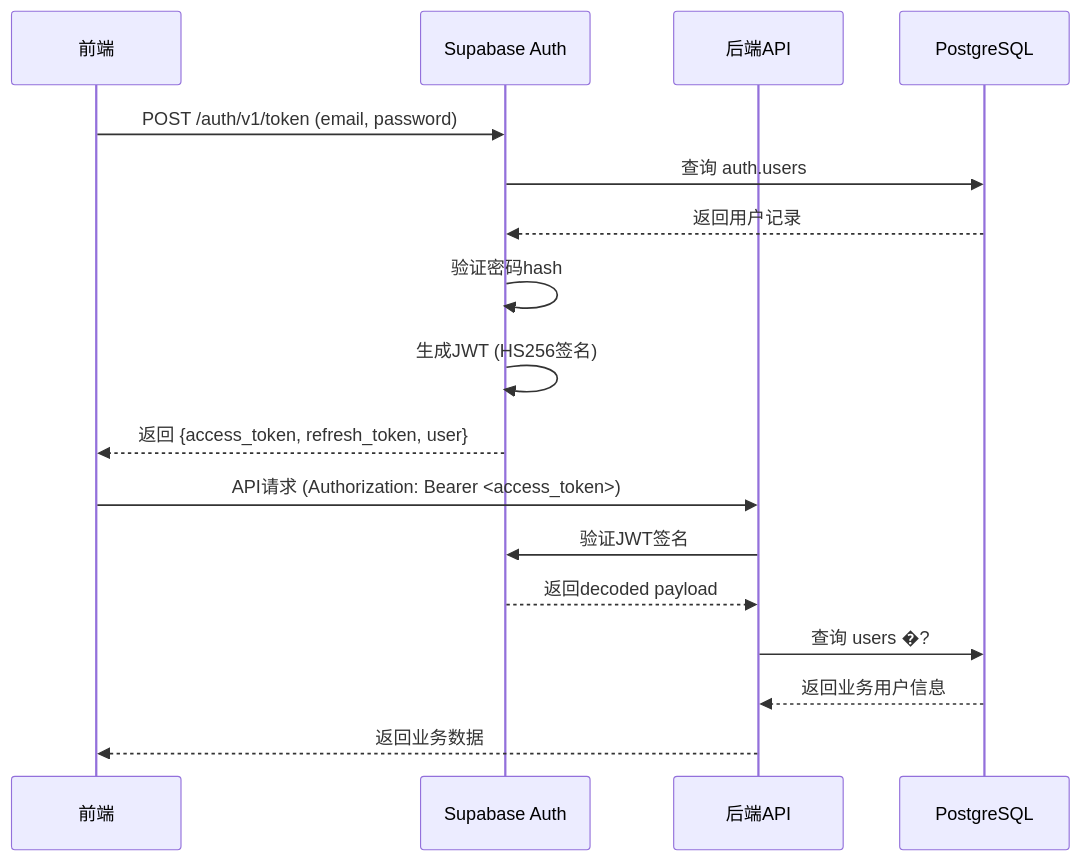
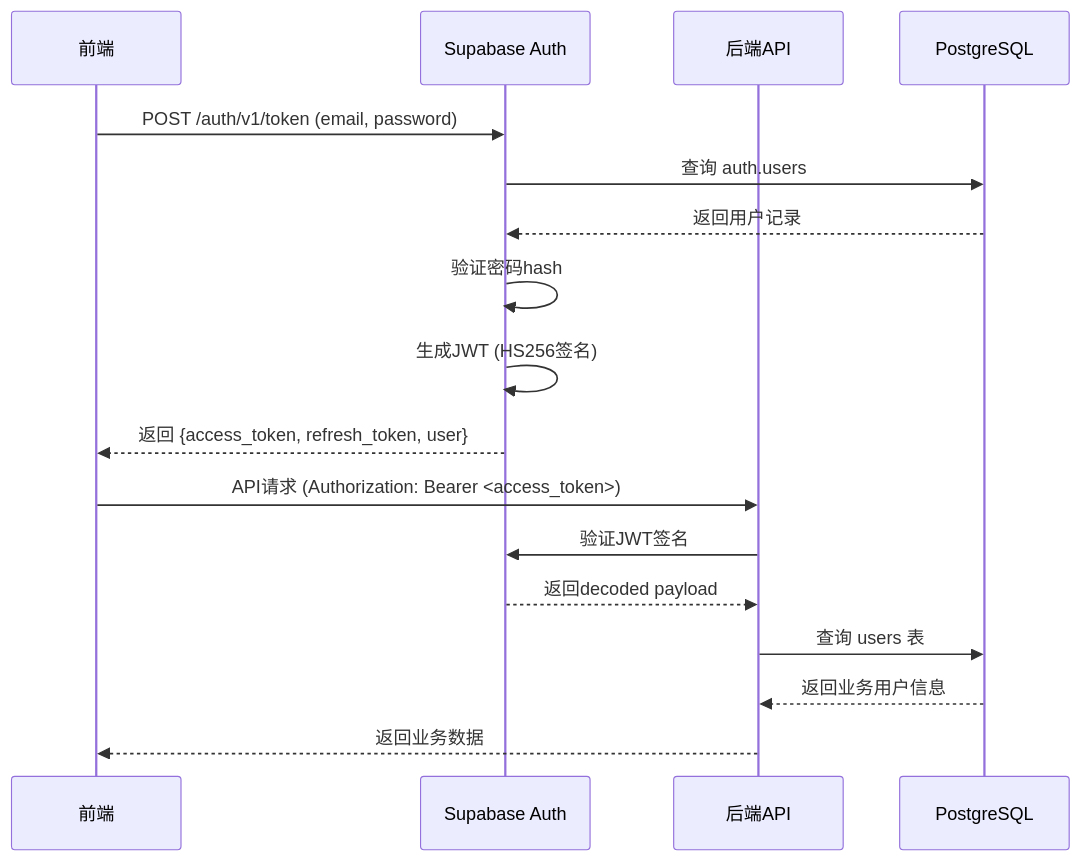
One commit to wade56754/AI_ad_spend02 changed the first of 3 diagrams in docs/sot/AUTH_SPEC.md. Above: the diagram before and after it, drawn with Mermaid. The commit also changed other lines of this file and 16 other files, not shown here.

````diff
--- a/docs/sot/AUTH_SPEC.md
+++ b/docs/sot/AUTH_SPEC.md
@@ -274,20 +274,20 @@
 ```mermaid
 sequenceDiagram
     participant FE as 前端
     participant SB as Supabase Auth
     participant BE as 后端API
     participant DB as PostgreSQL
 
     FE->>SB: POST /auth/v1/token (email, password)
     SB->>DB: 查询 auth.users
     DB-->>SB: 返回用户记录
     SB->>SB: 验证密码hash
     SB->>SB: 生成JWT (HS256签名)
     SB-->>FE: 返回 {access_token, refresh_token, user}
     FE->>BE: API请求 (Authorization: Bearer <access_token>)
     BE->>SB: 验证JWT签名
     SB-->>BE: 返回decoded payload
-    BE->>DB: 查询 users �?
+    BE->>DB: 查询 users 表
     DB-->>BE: 返回业务用户信息
     BE-->>FE: 返回业务数据
 ```
````
